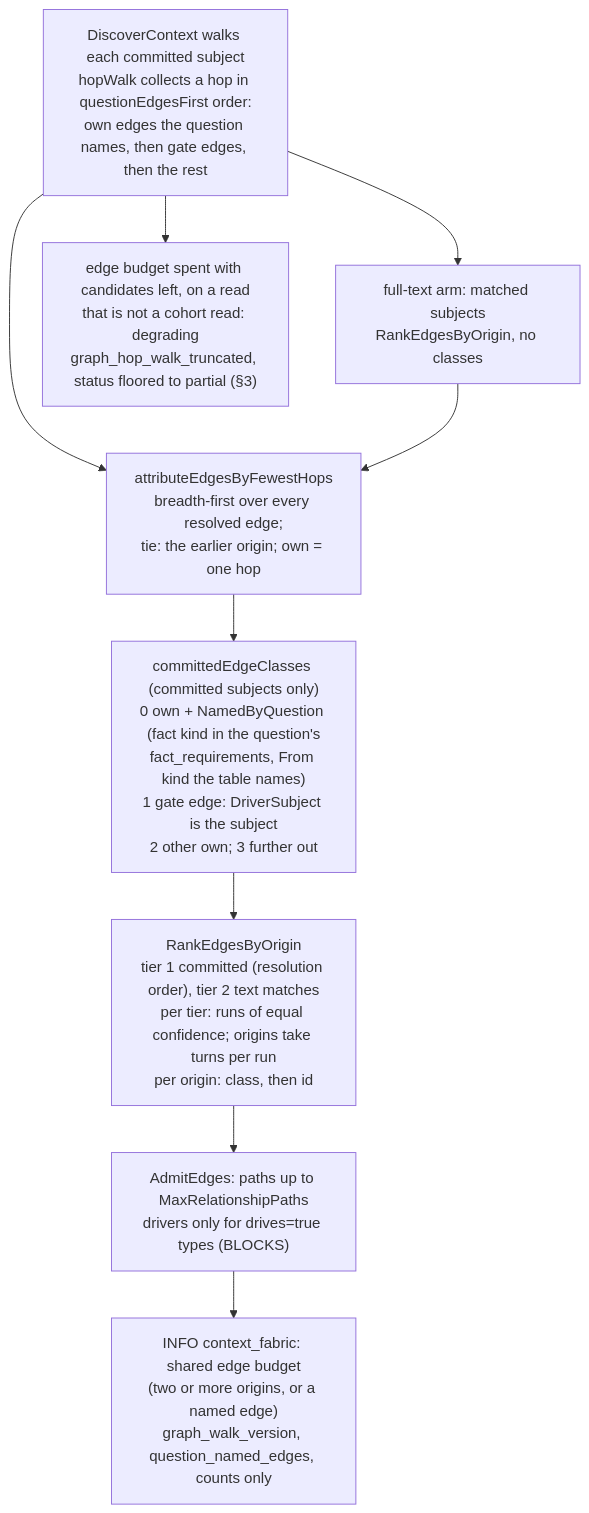
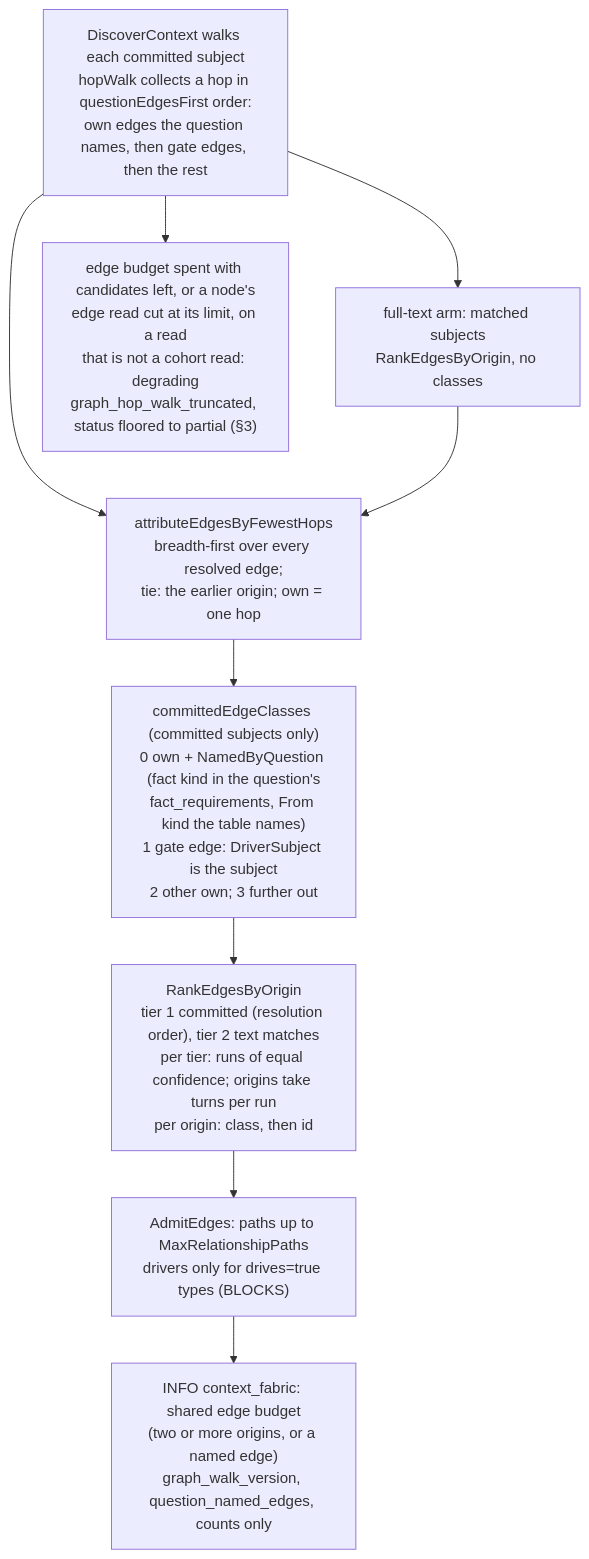
Before and after one commit to full-chaos/dev-health-acr: diagram 25 of 37 in docs/design/context-fabric-architecture-diagrams.md, drawn with Mermaid. The commit also changed other lines of this file and 1 other file, not shown here.

First line of the commit message:
docs(falkorgraph): CHAOS-12451 state the read limit, the server row cap and the new sizing

````diff
--- a/docs/design/context-fabric-architecture-diagrams.md
+++ b/docs/design/context-fabric-architecture-diagrams.md
@@ -3371,11 +3375,11 @@
 ```mermaid
 flowchart TD
   WALK["DiscoverContext walks each committed subject<br/>hopWalk collects a hop in questionEdgesFirst order:<br/>own edges the question names, then gate edges, then the rest"] --> TEXT["full-text arm: matched subjects<br/>RankEdgesByOrigin, no classes"]
   WALK --> ATTR["attributeEdgesByFewestHops<br/>breadth-first over every resolved edge;<br/>tie: the earlier origin; own = one hop"]
-  WALK --> CUT["edge budget spent with candidates left, on a read<br/>that is not a cohort read: degrading<br/>graph_hop_walk_truncated, status floored to partial (§3)"]
+  WALK --> CUT["edge budget spent with candidates left, or a node's<br/>edge read cut at its limit, on a read<br/>that is not a cohort read: degrading<br/>graph_hop_walk_truncated, status floored to partial (§3)"]
   TEXT --> ATTR
   ATTR --> CLASS["committedEdgeClasses (committed subjects only)<br/>0 own + NamedByQuestion (fact kind in the question's<br/>fact_requirements, From kind the table names)<br/>1 gate edge: DriverSubject is the subject<br/>2 other own; 3 further out"]
   CLASS --> RANK["RankEdgesByOrigin<br/>tier 1 committed (resolution order), tier 2 text matches<br/>per tier: runs of equal confidence; origins take turns per run<br/>per origin: class, then id"]
   RANK --> ADMIT["AdmitEdges: paths up to MaxRelationshipPaths<br/>drivers only for drives=true types (BLOCKS)"]
   ADMIT --> LOG["INFO context_fabric: shared edge budget<br/>(two or more origins, or a named edge)<br/>graph_walk_version, question_named_edges, counts only"]
 ```
````
